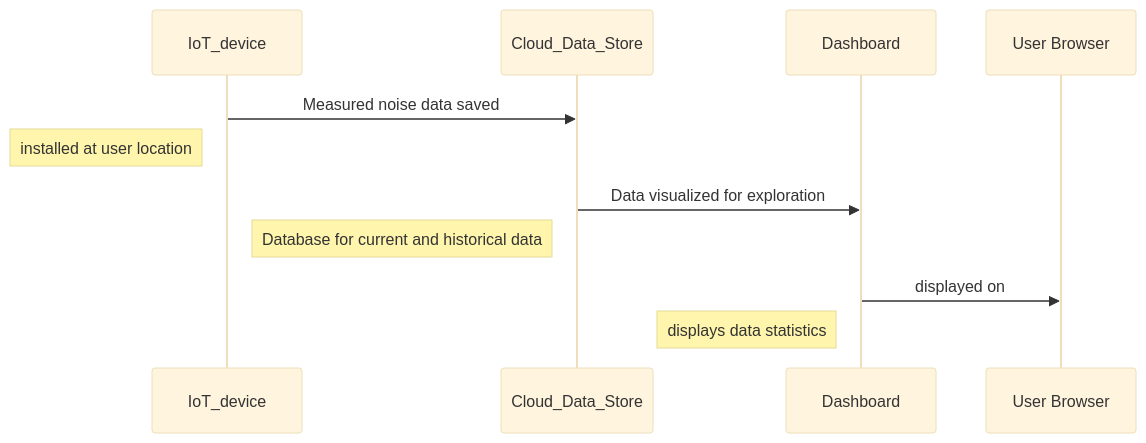
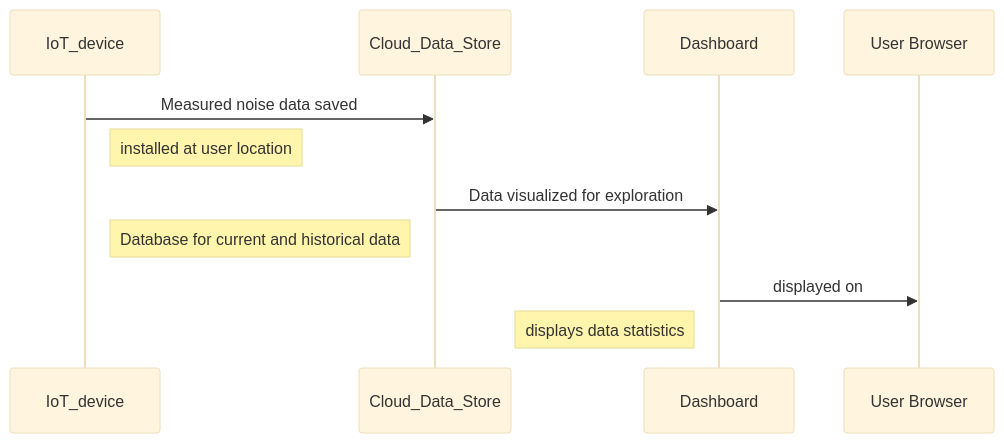
The diagram in README.md (CivicTechTO/tRacket-directory-START-HERE), drawn with Mermaid (base theme) before and after one commit.

````diff
--- a/README.md
+++ b/README.md
@@ -35,9 +35,9 @@
 ```mermaid
 sequenceDiagram
     IoT_device ->> Cloud_Data_Store : Measured noise data saved
-    Note left of IoT_device: installed at user location
+    Note right of IoT_device: installed at user location
     Cloud_Data_Store ->> Dashboard : Data visualized for exploration
     Note left of Cloud_Data_Store : Database for current and historical data
     Dashboard ->> User Browser : displayed on
     Note left of Dashboard : displays data statistics 
 ```
````
